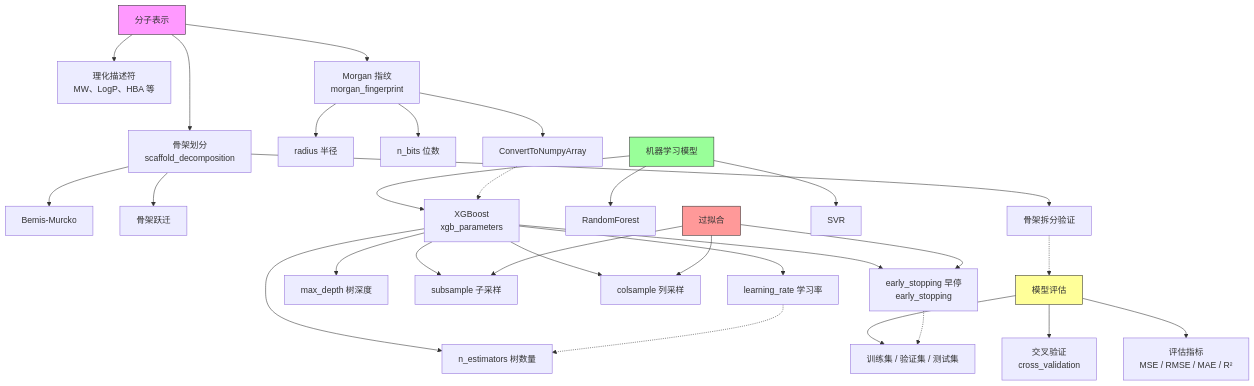
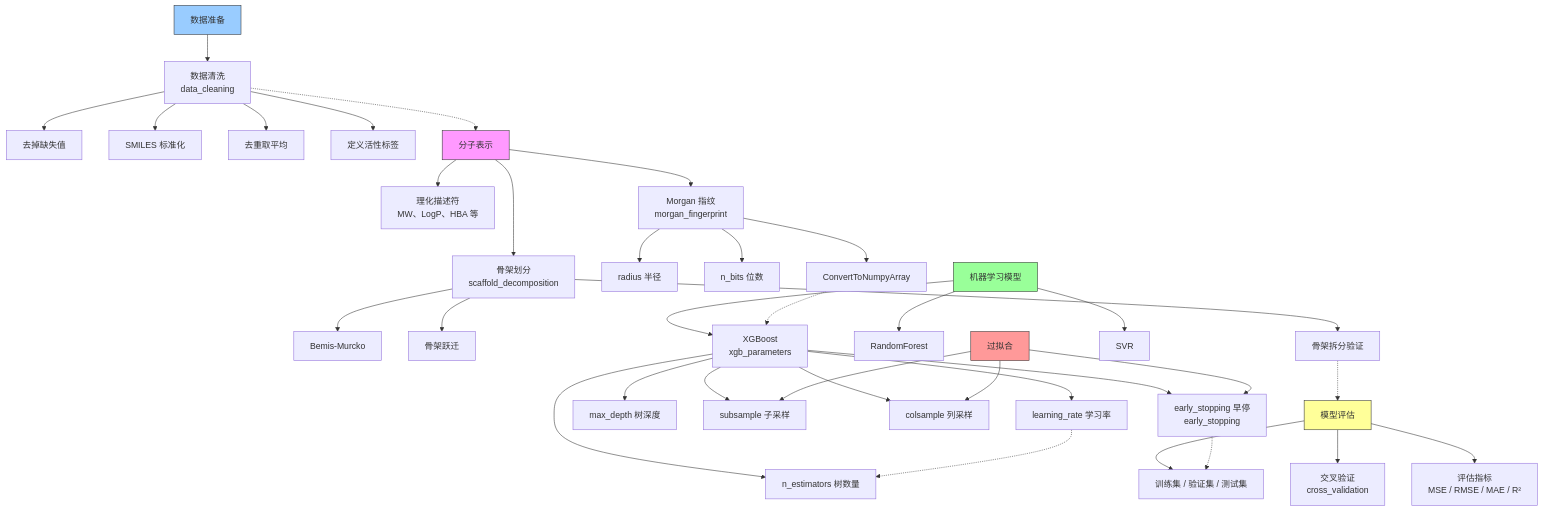
Before and after one commit to JJF-Y/AIDD-learing: the diagram in notes/concepts/README.md, drawn with Mermaid. The commit also changed other lines of this file and 18 other files, not shown here.

````diff
--- a/notes/concepts/README.md
+++ b/notes/concepts/README.md
@@ -9,47 +9,56 @@
 ```mermaid
 graph TD
+    %% 数据准备
+    K[数据准备] --> K1[数据清洗<br>data_cleaning]
+    K1 --> K2[去掉缺失值]
+    K1 --> K3[SMILES 标准化]
+    K1 --> K4[去重取平均]
+    K1 --> K5[定义活性标签]
+
     %% 分子表示
     A[分子表示] --> B[理化描述符<br>MW、LogP、HBA 等]
     A --> C[Morgan 指纹<br>morgan_fingerprint]
     A --> J[骨架划分<br>scaffold_decomposition]
     C --> C1[radius 半径]
     C --> C2[n_bits 位数]
     C --> C3[ConvertToNumpyArray]
     J --> J1[Bemis-Murcko]
     J --> J2[骨架跃迁]
     J --> J3[骨架拆分验证]
 
     %% 模型
     D[机器学习模型] --> E[RandomForest]
     D --> F[XGBoost<br>xgb_parameters]
     D --> G[SVR]
 
     %% XGBoost 细节
     F --> F1[learning_rate 学习率]
     F --> F2[n_estimators 树数量]
     F --> F3[max_depth 树深度]
     F --> F4[subsample 子采样]
     F --> F5[colsample 列采样]
     F --> F6[early_stopping 早停<br>early_stopping]
 
     %% 评估与验证
     H[模型评估] --> H1[交叉验证<br>cross_validation]
     H --> H2[评估指标<br>MSE / RMSE / MAE / R²]
     H --> H3[训练集 / 验证集 / 测试集]
 
     %% 过拟合
     I[过拟合] --> F6
     I --> F4
     I --> F5
 
     %% 关系连线
+    K1 -.-> A
     F1 -.-> F2
     F6 -.-> H3
     C3 -.-> F
     J3 -.-> H
 
+    style K fill:#9cf,stroke:#333
     style A fill:#f9f,stroke:#333
     style D fill:#9f9,stroke:#333
     style H fill:#ff9,stroke:#333
     style I fill:#f99,stroke:#333
 ```
````
